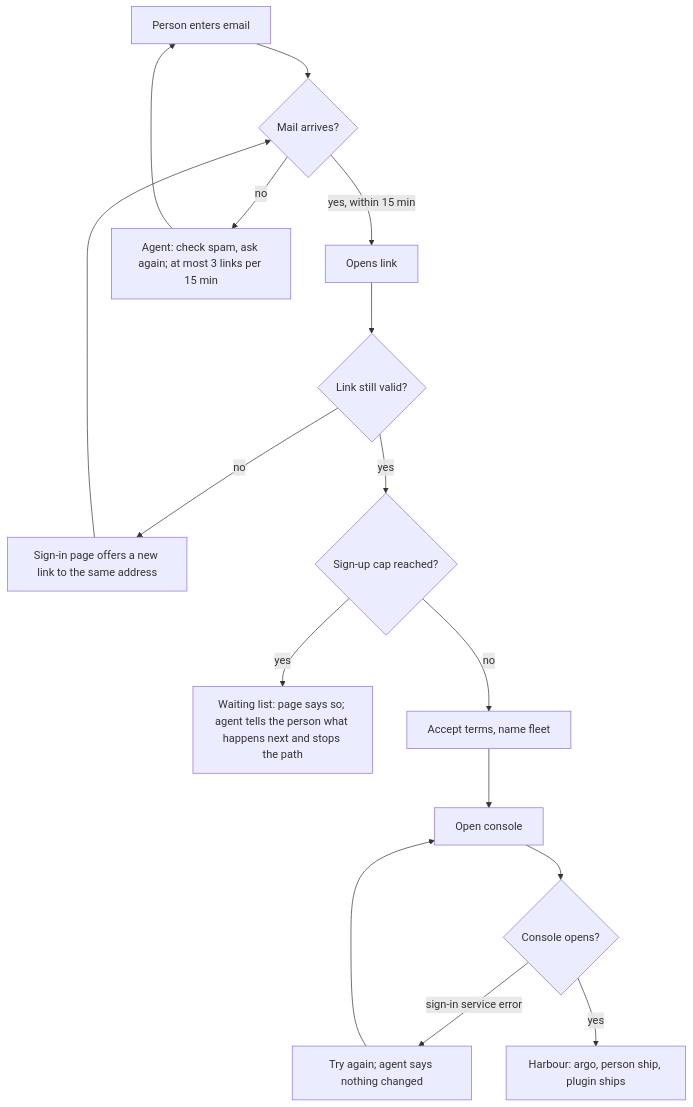
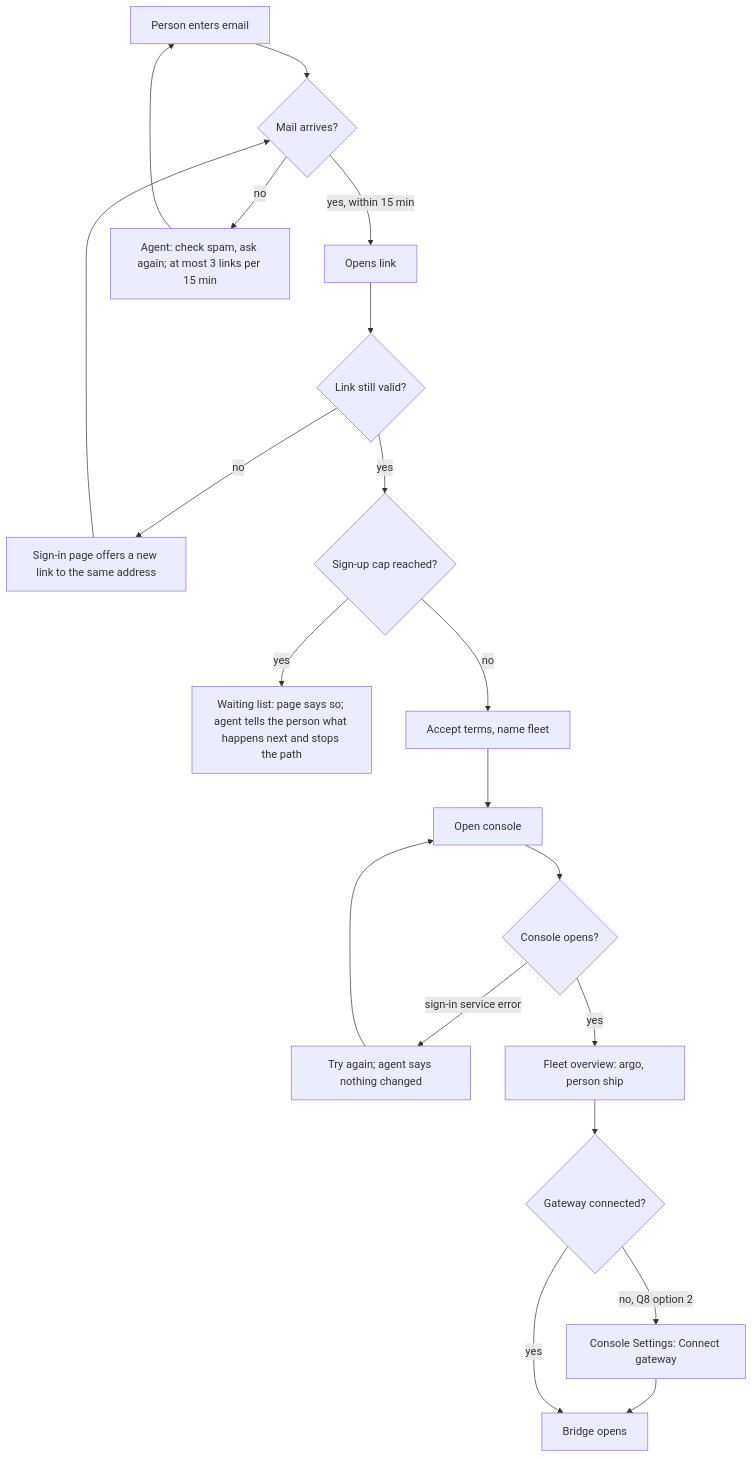
The first of 9 diagrams in docs/design/hosted-onboarding/README.md (ThomasHendrickx/aeolus-fleet), drawn with Mermaid before and after one commit. The commit also changed other lines of this file, not shown here.

````diff
--- a/docs/design/hosted-onboarding/README.md
+++ b/docs/design/hosted-onboarding/README.md
@@ -104,16 +111,19 @@
 ```mermaid
 flowchart TD
     a[Person enters email] --> b{Mail arrives?}
     b -->|yes, within 15 min| c[Opens link]
     b -->|no| b1[Agent: check spam, ask again; at most 3 links per 15 min]
     b1 --> a
     c --> d{Link still valid?}
     d -->|no| d1[Sign-in page offers a new link to the same address] --> b
     d -->|yes| e{Sign-up cap reached?}
     e -->|yes| e1[Waiting list: page says so; agent tells the person what happens next and stops the path]
     e -->|no| f[Accept terms, name fleet]
     f --> g[Open console]
     g --> h{Console opens?}
     h -->|sign-in service error| h1[Try again; agent says nothing changed] --> g
-    h -->|yes| i[Harbour: argo, person ship, plugin ships]
+    h -->|yes| i[Fleet overview: argo, person ship]
+    i --> j{Gateway connected?}
+    j -->|no, Q8 option 2| j1[Console Settings: Connect gateway] --> k
+    j -->|yes| k[Bridge opens]
 ```
````
